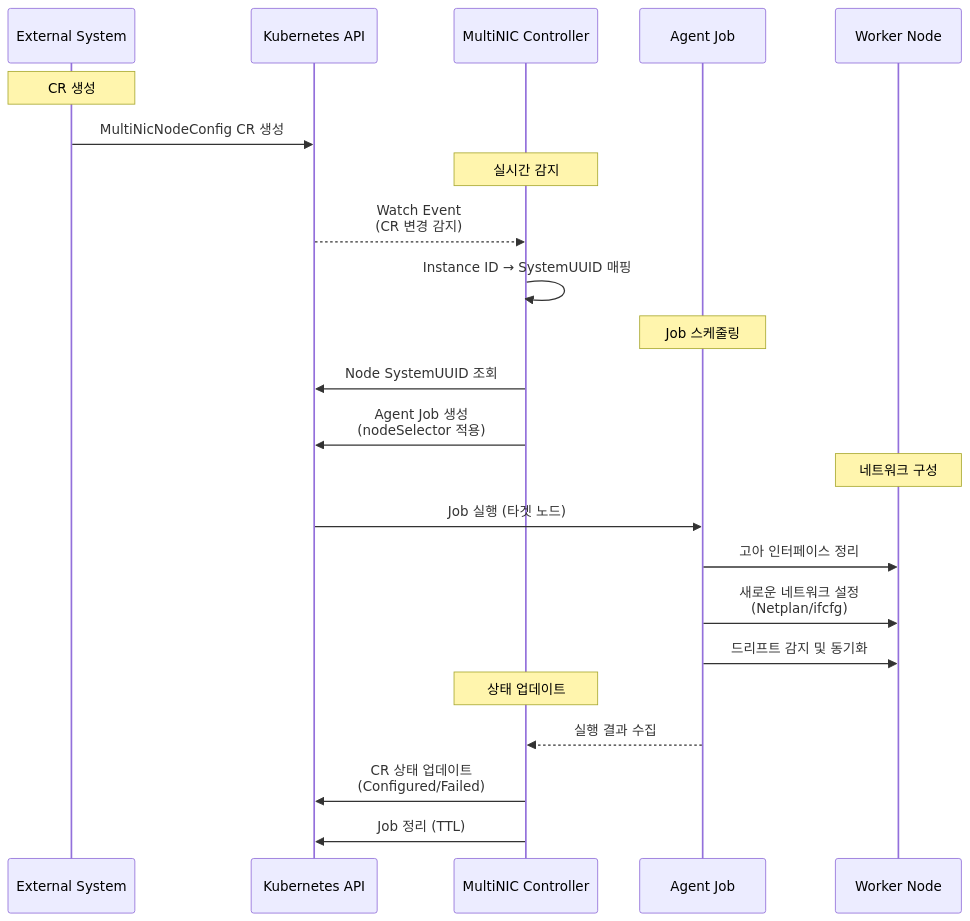
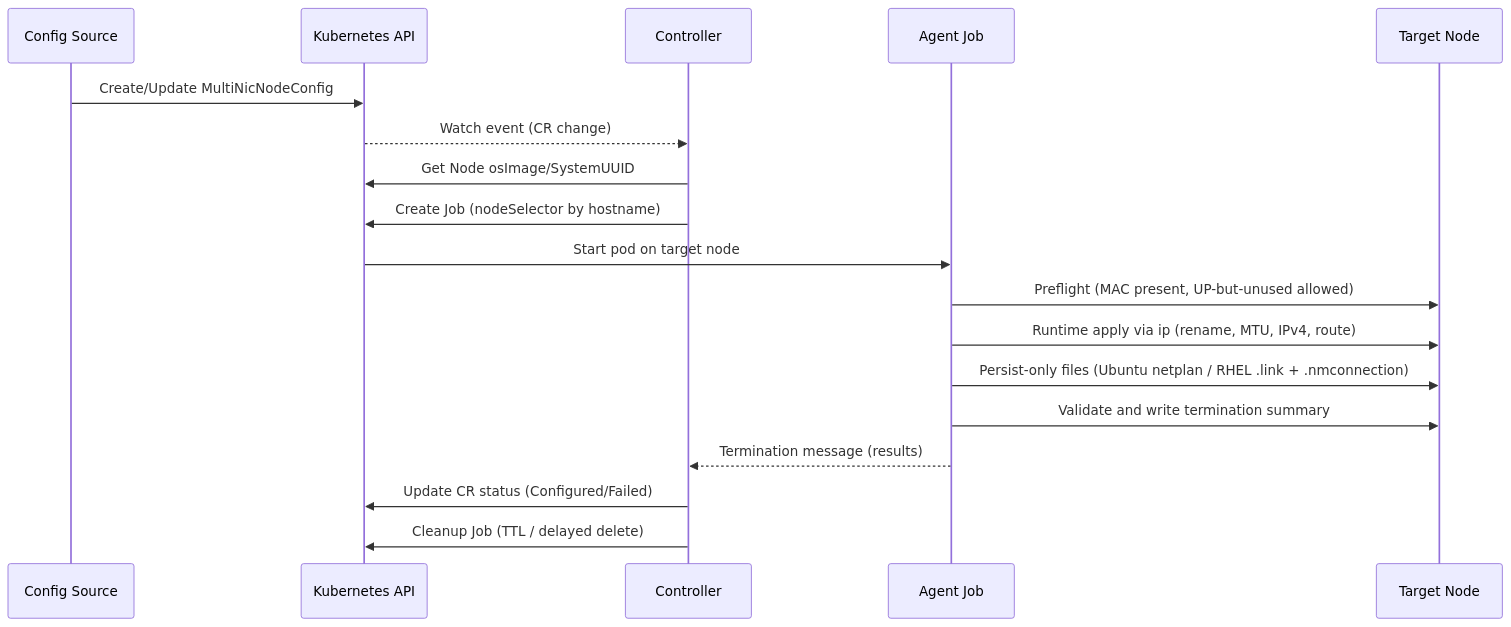
The second of 2 diagrams in README.md (Minzino/multi-network-interface-agent), drawn with Mermaid before and after one commit. The commit also changed other lines of this file, not shown here.

First line of the commit message:
docs(readme): update architecture and flow to ip-runtime + persist-only model

````diff
--- a/README.md
+++ b/README.md
@@ -95,30 +66,23 @@
 ```mermaid
 sequenceDiagram
-    participant External as External System
-    participant K8s as Kubernetes API
-    participant Controller as MultiNIC Controller
+    participant Operator as Config Source
+    participant API as Kubernetes API
+    participant Ctl as Controller
     participant Job as Agent Job
-    participant Node as Worker Node
+    participant Node as Target Node
 
-    Note over External: CR 생성
-    External->>K8s: MultiNicNodeConfig CR 생성
+    Operator->>API: Create/Update MultiNicNodeConfig
+    API-->>Ctl: Watch event (CR change)
+    Ctl->>API: Get Node osImage/SystemUUID
+    Ctl->>API: Create Job (nodeSelector by hostname)
 
-    Note over Controller: 실시간 감지
-    K8s-->>Controller: Watch Event<br/>(CR 변경 감지)
-    Controller->>Controller: Instance ID → SystemUUID 매핑
+    API->>Job: Start pod on target node
+    Job->>Node: Preflight (MAC present, UP-but-unused allowed)
+    Job->>Node: Runtime apply via ip (rename, MTU, IPv4, route)
+    Job->>Node: Persist-only files (Ubuntu netplan / RHEL .link + .nmconnection)
+    Job->>Node: Validate and write termination summary
 
-    Note over Job: Job 스케줄링
-    Controller->>K8s: Node SystemUUID 조회
-    Controller->>K8s: Agent Job 생성<br/>(nodeSelector 적용)
-
-    Note over Node: 네트워크 구성
-    K8s->>Job: Job 실행 (타겟 노드)
-    Job->>Node: 고아 인터페이스 정리
-    Job->>Node: 새로운 네트워크 설정<br/>(Netplan/ifcfg)
-    Job->>Node: 드리프트 감지 및 동기화
-
-    Note over Controller: 상태 업데이트
-    Job-->>Controller: 실행 결과 수집
-    Controller->>K8s: CR 상태 업데이트<br/>(Configured/Failed)
-    Controller->>K8s: Job 정리 (TTL)
+    Job-->>Ctl: Termination message (results)
+    Ctl->>API: Update CR status (Configured/Failed)
+    Ctl->>API: Cleanup Job (TTL / delayed delete)
 ```
````
